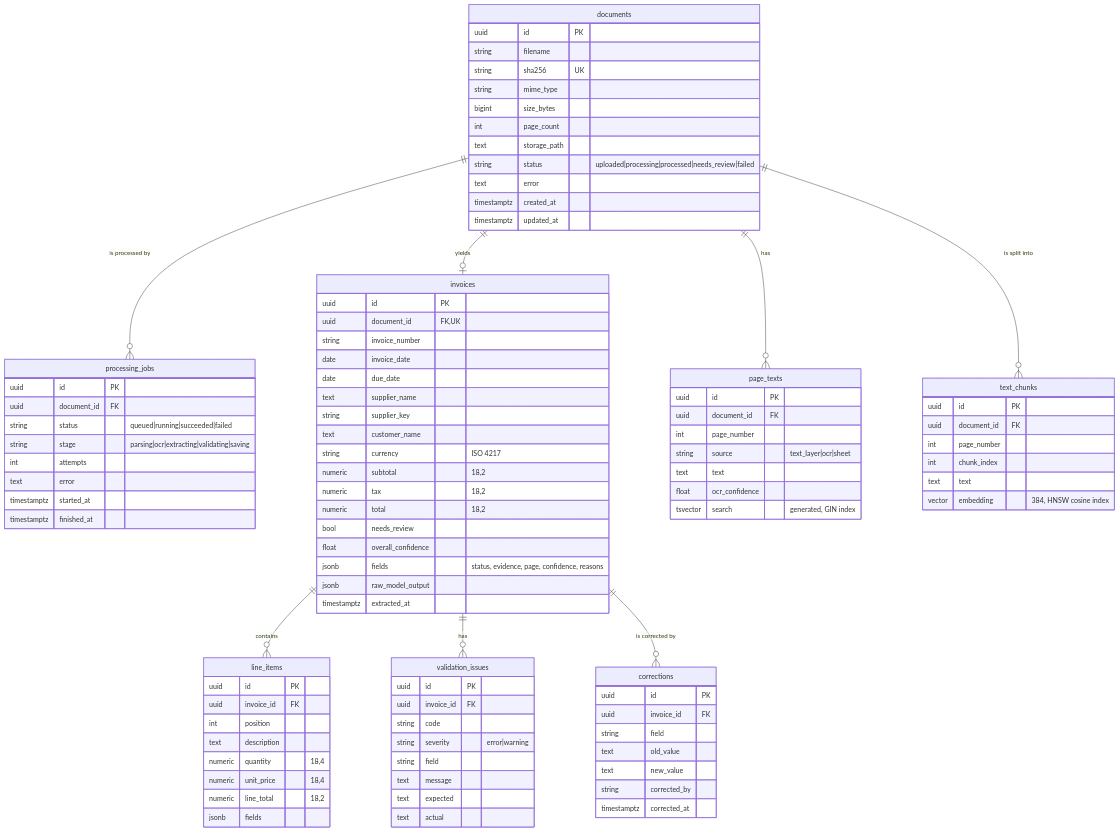
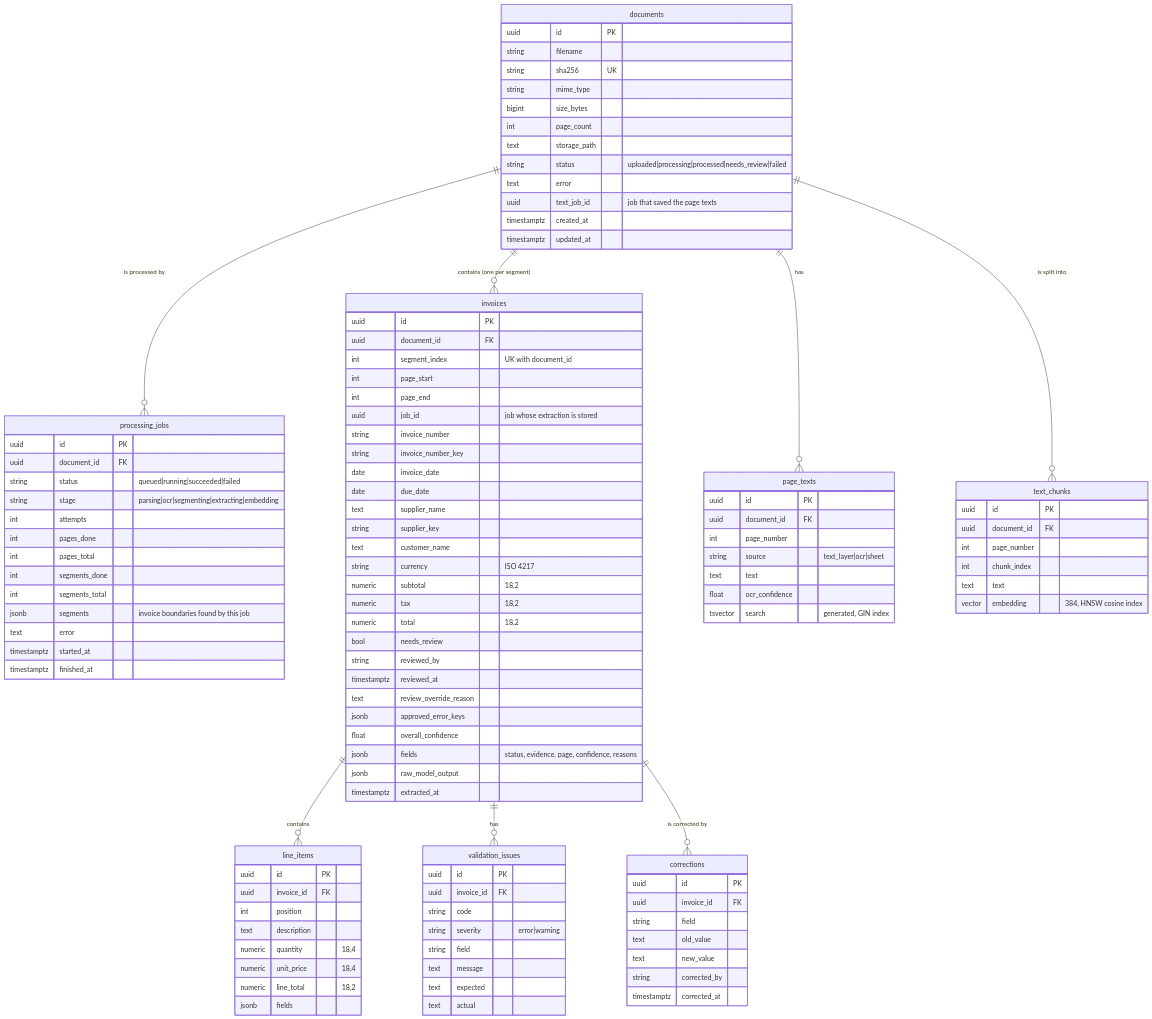
The diagram in docs/schema.md (hasinabraradib/invoice_intelligence), drawn with Mermaid before and after one commit. The commit also changed other lines of this file and 2 other files, not shown here.

Commit message:
docs: batch documents, measured timings, schema for invoice segments

````diff
--- a/docs/schema.md
+++ b/docs/schema.md
@@ -6,7 +6,7 @@
 ```mermaid
 erDiagram
     documents ||--o{ processing_jobs : "is processed by"
-    documents ||--o| invoices : "yields"
+    documents ||--o{ invoices : "contains (one per segment)"
     documents ||--o{ page_texts : "has"
     documents ||--o{ text_chunks : "is split into"
     invoices ||--o{ line_items : "contains"
@@ -23,6 +23,7 @@
         text storage_path
         string status "uploaded|processing|processed|needs_review|failed"
         text error
+        uuid text_job_id "job that saved the page texts"
         timestamptz created_at
         timestamptz updated_at
     }
@@ -30,16 +31,26 @@
         uuid id PK
         uuid document_id FK
         string status "queued|running|succeeded|failed"
-        string stage "parsing|ocr|extracting|validating|saving"
+        string stage "parsing|ocr|segmenting|extracting|embedding"
         int attempts
+        int pages_done
+        int pages_total
+        int segments_done
+        int segments_total
+        jsonb segments "invoice boundaries found by this job"
         text error
         timestamptz started_at
         timestamptz finished_at
     }
     invoices {
         uuid id PK
-        uuid document_id FK,UK
+        uuid document_id FK
+        int segment_index "UK with document_id"
+        int page_start
+        int page_end
+        uuid job_id "job whose extraction is stored"
         string invoice_number
+        string invoice_number_key
         date invoice_date
         date due_date
         text supplier_name
@@ -50,6 +61,10 @@
         numeric tax "18,2"
         numeric total "18,2"
         bool needs_review
+        string reviewed_by
+        timestamptz reviewed_at
+        text review_override_reason
+        jsonb approved_error_keys
         float overall_confidence
         jsonb fields "status, evidence, page, confidence, reasons"
         jsonb raw_model_output
````
